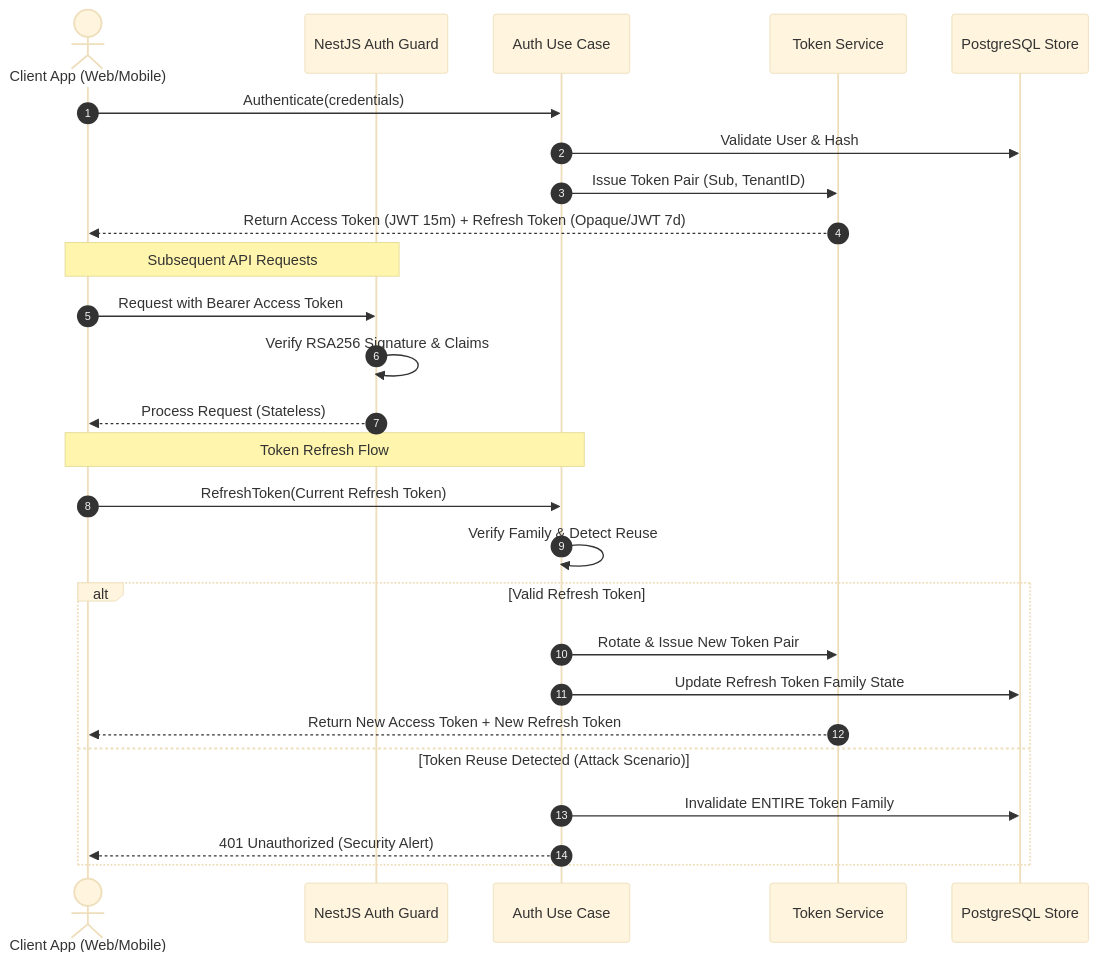
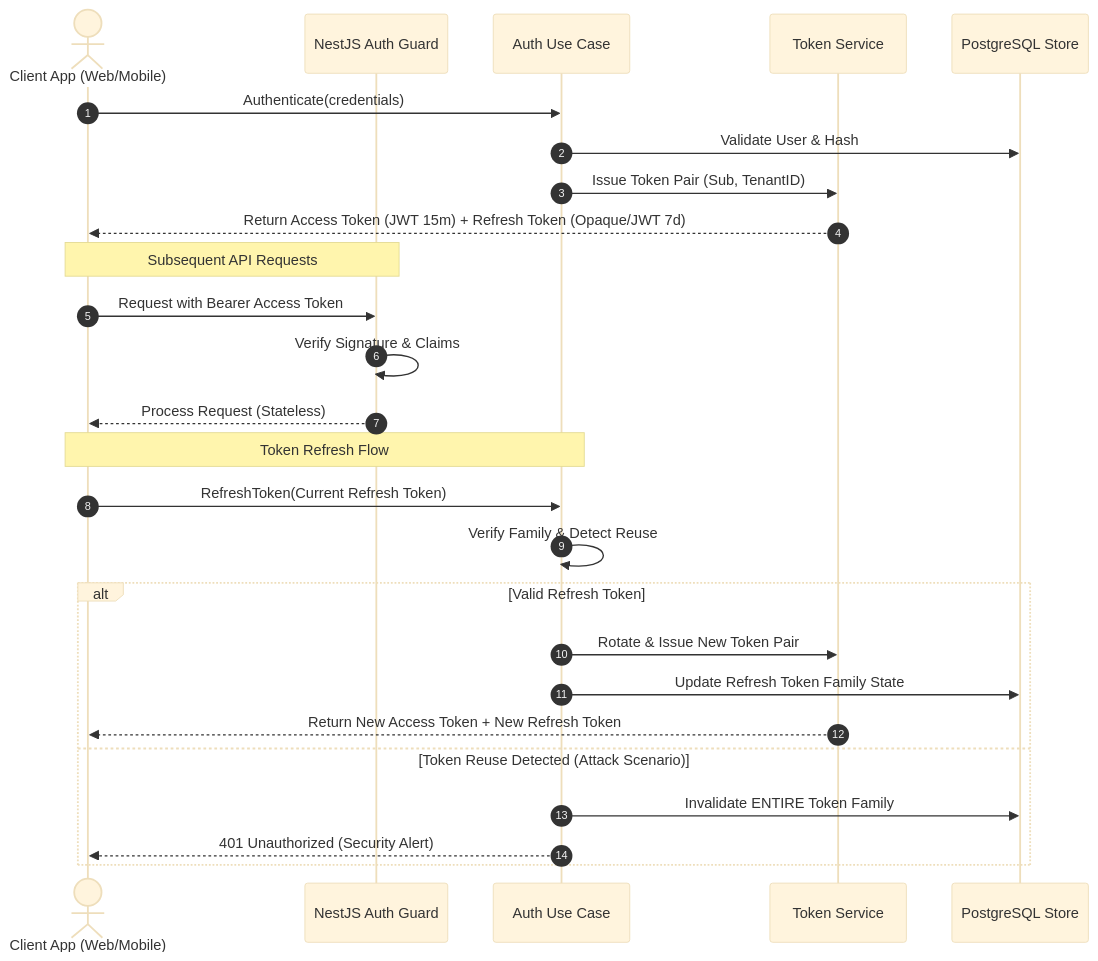
The diagram in docs/security/authentication.md (izzydin/kinergy-platform), drawn with Mermaid (base theme) before and after one commit. The commit also changed other lines of this file and 19 other files, not shown here.

````diff
--- a/docs/security/authentication.md
+++ b/docs/security/authentication.md
@@ -35,31 +20,31 @@
 ```mermaid
 sequenceDiagram
     autonumber
     actor Client as Client App (Web/Mobile)
     participant AuthGuard as NestJS Auth Guard
     participant IdentityUC as Auth Use Case
     participant TokenService as Token Service
     participant DB as PostgreSQL Store
 
     Client->>IdentityUC: Authenticate(credentials)
     IdentityUC->>DB: Validate User & Hash
     IdentityUC->>TokenService: Issue Token Pair (Sub, TenantID)
     TokenService-->>Client: Return Access Token (JWT 15m) + Refresh Token (Opaque/JWT 7d)
 
     Note over Client, AuthGuard: Subsequent API Requests
     Client->>AuthGuard: Request with Bearer Access Token
-    AuthGuard->>AuthGuard: Verify RSA256 Signature & Claims
+    AuthGuard->>AuthGuard: Verify Signature & Claims
     AuthGuard-->>Client: Process Request (Stateless)
 
     Note over Client, IdentityUC: Token Refresh Flow
     Client->>IdentityUC: RefreshToken(Current Refresh Token)
     IdentityUC->>IdentityUC: Verify Family & Detect Reuse
     alt Valid Refresh Token
         IdentityUC->>TokenService: Rotate & Issue New Token Pair
         IdentityUC->>DB: Update Refresh Token Family State
         TokenService-->>Client: Return New Access Token + New Refresh Token
     else Token Reuse Detected (Attack Scenario)
         IdentityUC->>DB: Invalidate ENTIRE Token Family
         IdentityUC-->>Client: 401 Unauthorized (Security Alert)
     end
 ```
````
